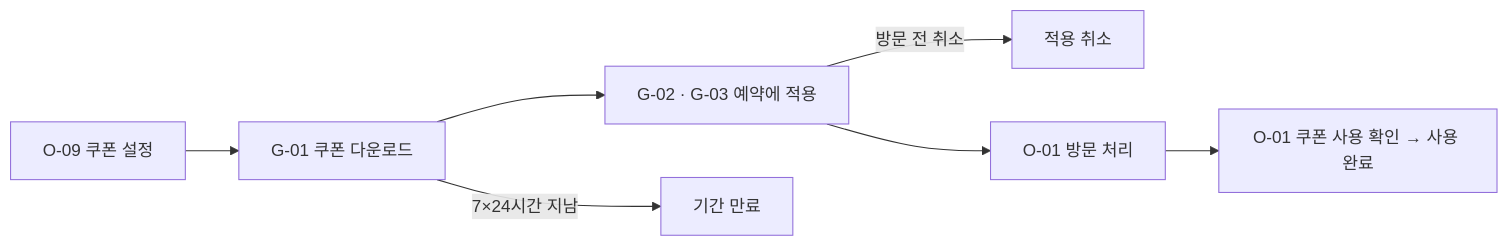
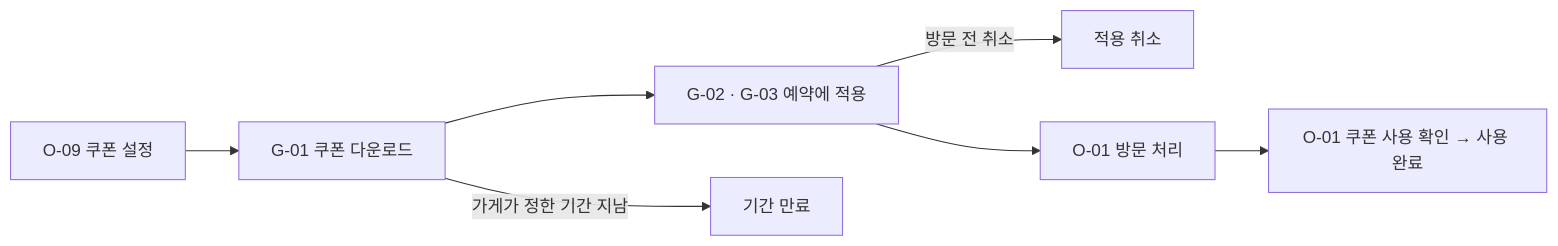
Before and after one commit to Leave-421/alley-crm-docs: the sixth of 6 diagrams in docs/02-workflow.md, drawn with Mermaid. The commit also changed other lines of this file and 9 other files, not shown here.

````diff
--- a/docs/02-workflow.md
+++ b/docs/02-workflow.md
@@ -205,9 +205,9 @@
 ```mermaid
 flowchart LR
   O09[O-09 쿠폰 설정] --> D[G-01 쿠폰 다운로드]
   D --> AP[G-02 · G-03 예약에 적용]
-  D -->|7×24시간 지남| EX[기간 만료]
+  D -->|가게가 정한 기간 지남| EX[기간 만료]
   AP -->|방문 전 취소| CX[적용 취소]
   AP --> V[O-01 방문 처리]
   V --> U[O-01 쿠폰 사용 확인 → 사용 완료]
 ```
````
